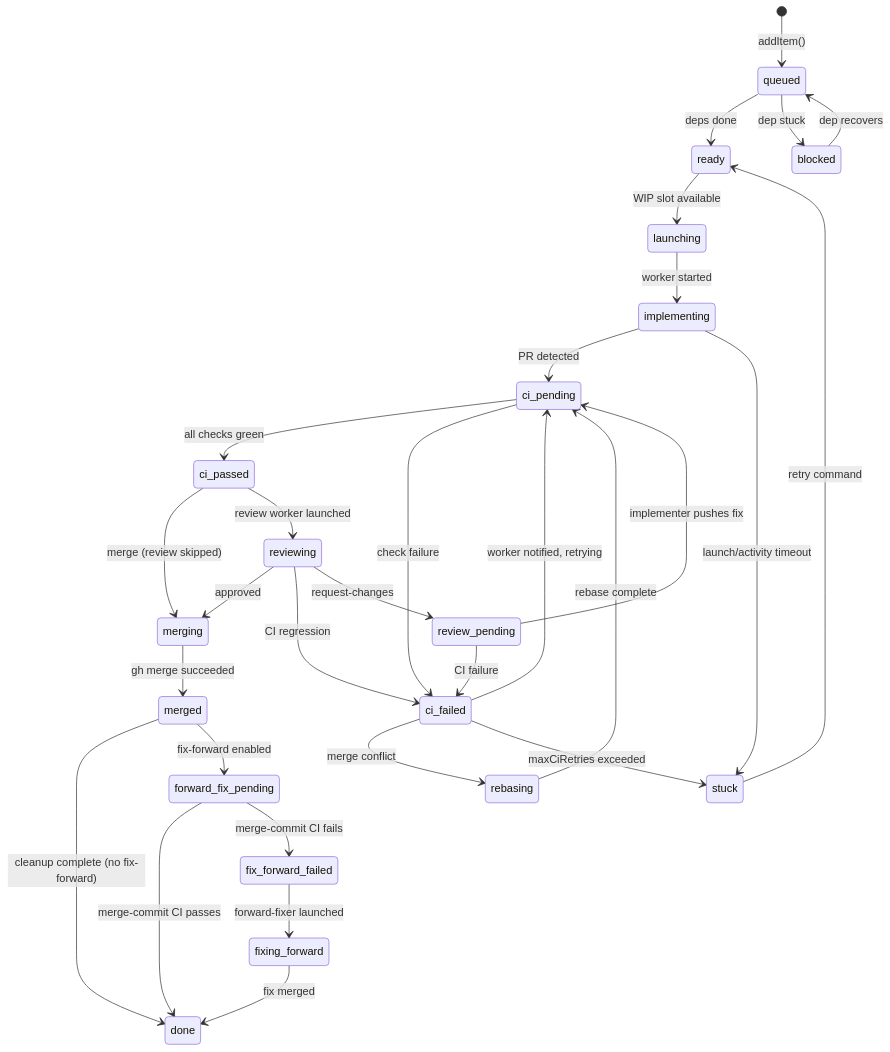
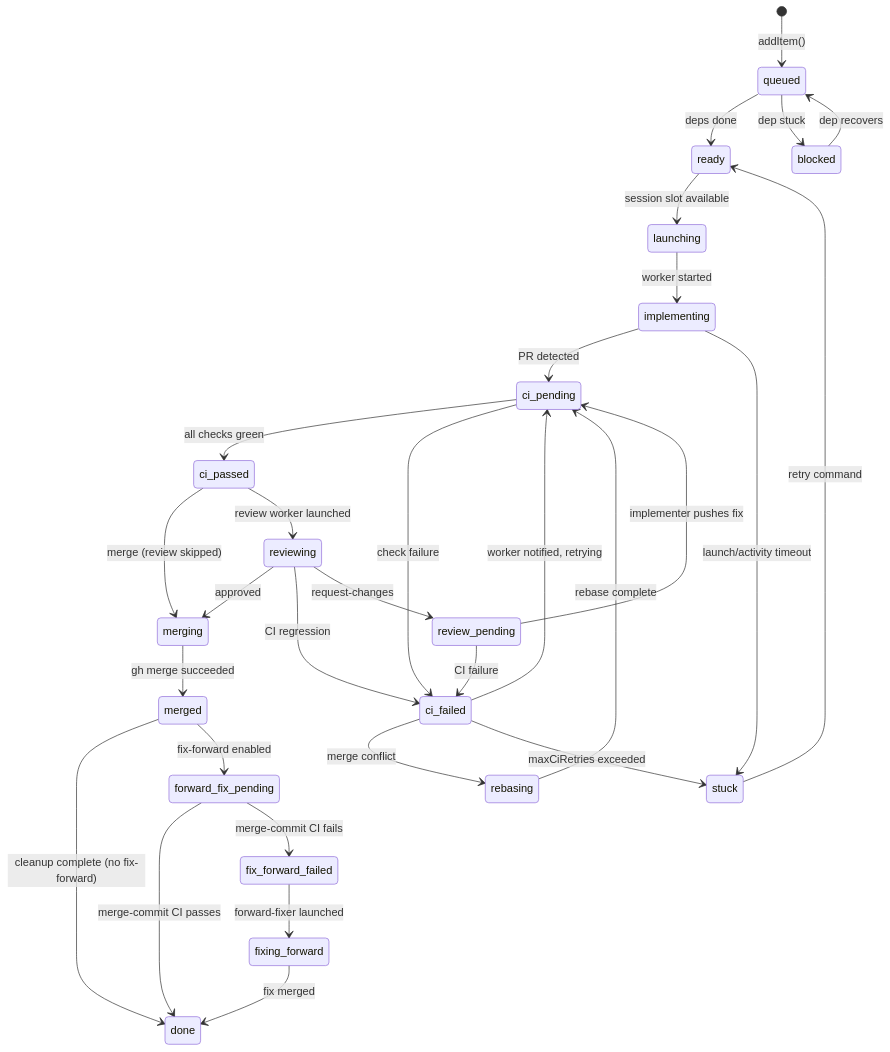
One commit to ninthwave-io/ninthwave changed the diagram in ARCHITECTURE.md. Above: the diagram before and after it, drawn with Mermaid. The commit also changed other lines of this file and 2 other files, not shown here.

Commit message:
docs: align ARCHITECTURE.md, CLAUDE.md, and implementer.md with workspace-based session counting

````diff
--- a/ARCHITECTURE.md
+++ b/ARCHITECTURE.md
@@ -53,32 +53,32 @@
 ```mermaid
 stateDiagram-v2
     [*] --> queued : addItem()
     queued --> ready : deps done
     queued --> blocked : dep stuck
-    ready --> launching : WIP slot available
+    ready --> launching : session slot available
     launching --> implementing : worker started
     implementing --> ci_pending : PR detected
     implementing --> stuck : launch/activity timeout
     ci_pending --> ci_passed : all checks green
     ci_pending --> ci_failed : check failure
     ci_passed --> merging : merge (review skipped)
     ci_passed --> reviewing : review worker launched
     reviewing --> merging : approved
     reviewing --> ci_failed : CI regression
     reviewing --> review_pending : request-changes
     review_pending --> ci_failed : CI failure
     review_pending --> ci_pending : implementer pushes fix
     ci_failed --> ci_pending : worker notified, retrying
     ci_failed --> rebasing : merge conflict
     ci_failed --> stuck : maxCiRetries exceeded
     rebasing --> ci_pending : rebase complete
     merging --> merged : gh merge succeeded
     merged --> done : cleanup complete (no fix-forward)
     merged --> forward_fix_pending : fix-forward enabled
     forward_fix_pending --> done : merge-commit CI passes
     forward_fix_pending --> fix_forward_failed : merge-commit CI fails
     fix_forward_failed --> fixing_forward : forward-fixer launched
     fixing_forward --> done : fix merged
     stuck --> ready : retry command
     blocked --> queued : dep recovers
 ```
````
